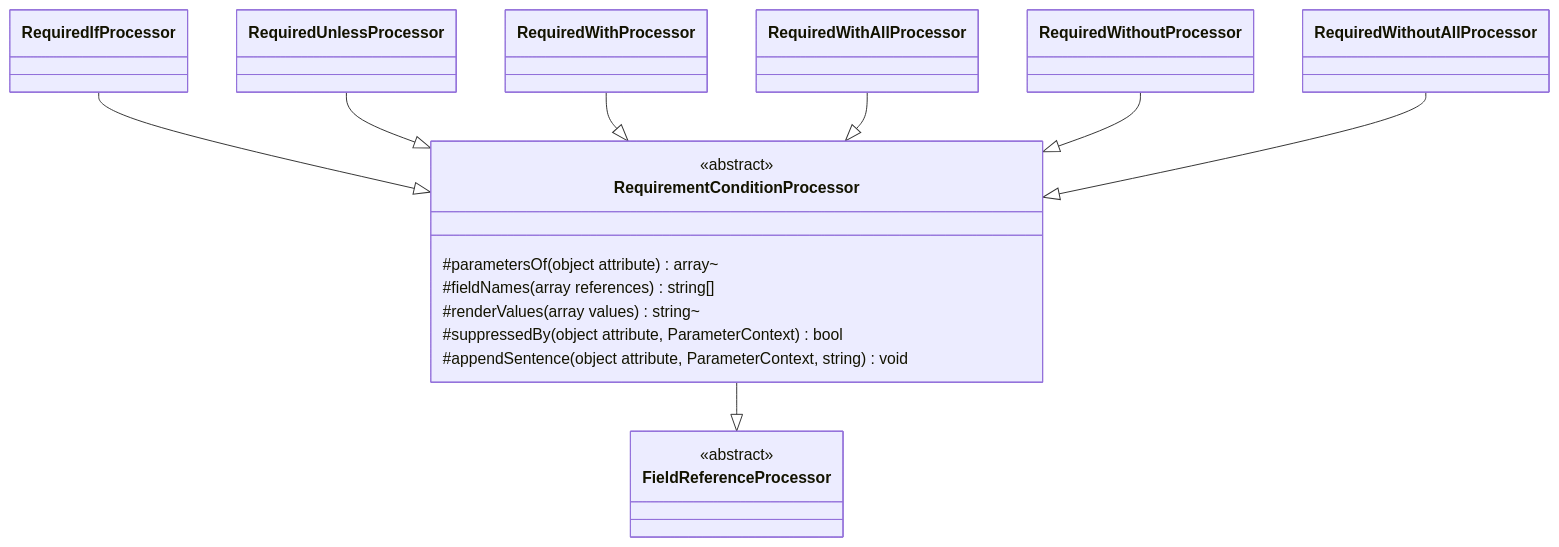
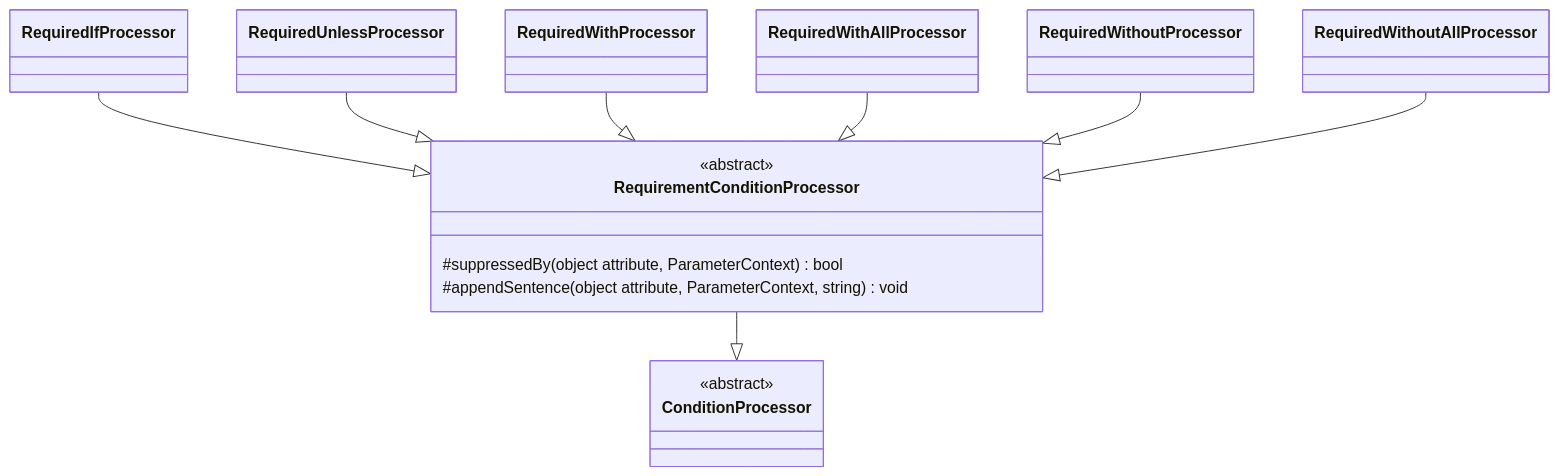
Before and after one commit to abrhadev/laravel-data-docs: the diagram in spdd/prompt/STORY-001-001-202609251859-[Canvas]-family-conditional-requirement.md, drawn with Mermaid. The commit also changed other lines of this file and 44 other files, not shown here.

````diff
--- a/spdd/prompt/STORY-001-001-202609251859-[Canvas]-family-conditional-requirement.md
+++ b/spdd/prompt/STORY-001-001-202609251859-[Canvas]-family-conditional-requirement.md
@@ -17,21 +17,18 @@
 ```mermaid
 classDiagram
-    class FieldReferenceProcessor {
+    class ConditionProcessor {
         <<abstract>>
     }
     class RequirementConditionProcessor {
         <<abstract>>
-        #parametersOf(object attribute) array~
-        #fieldNames(array references) string[]
-        #renderValues(array values) string~
         #suppressedBy(object attribute, ParameterContext) bool
         #appendSentence(object attribute, ParameterContext, string) void
     }
-    RequirementConditionProcessor --|> FieldReferenceProcessor
+    RequirementConditionProcessor --|> ConditionProcessor
     RequiredIfProcessor --|> RequirementConditionProcessor
     RequiredUnlessProcessor --|> RequirementConditionProcessor
     RequiredWithProcessor --|> RequirementConditionProcessor
     RequiredWithAllProcessor --|> RequirementConditionProcessor
     RequiredWithoutProcessor --|> RequirementConditionProcessor
     RequiredWithoutAllProcessor --|> RequirementConditionProcessor
 ```
````
